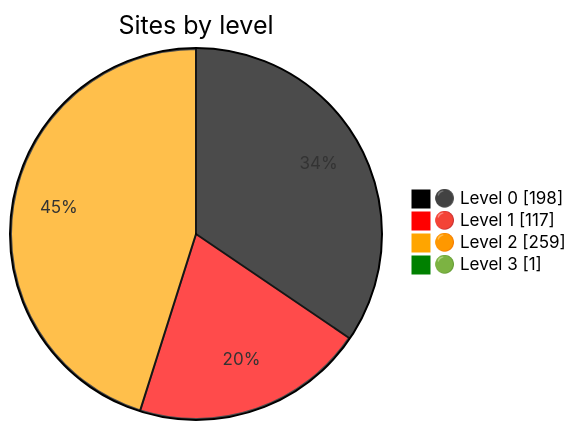
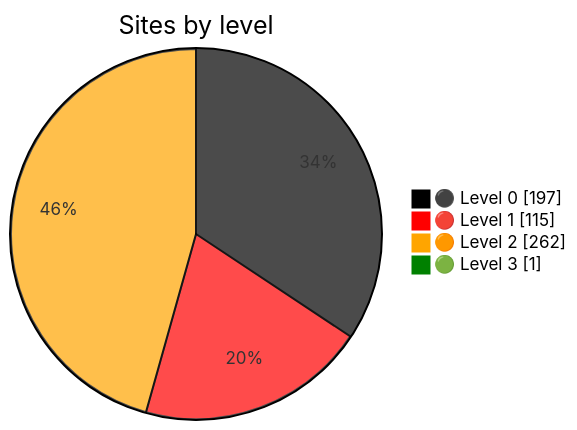
Before and after one commit to nuuuwan/gov_lk_web_auditor: the diagram in README.md, drawn with Mermaid. The commit also changed other lines of this file and 2622 other files, not shown here.

````diff
--- a/README.md
+++ b/README.md
@@ -24,9 +24,9 @@
 ```mermaid
 %%{init: {"themeVariables":{"pie1":"black","pie2":"red","pie3":"orange","pie4":"green"}}}%%
 pie showData
     title Sites by level
-    "⚫ Level 0" : 198
-    "🔴 Level 1" : 117
-    "🟠 Level 2" : 259
+    "⚫ Level 0" : 197
+    "🔴 Level 1" : 115
+    "🟠 Level 2" : 262
     "🟢 Level 3" : 1
 ```
````
